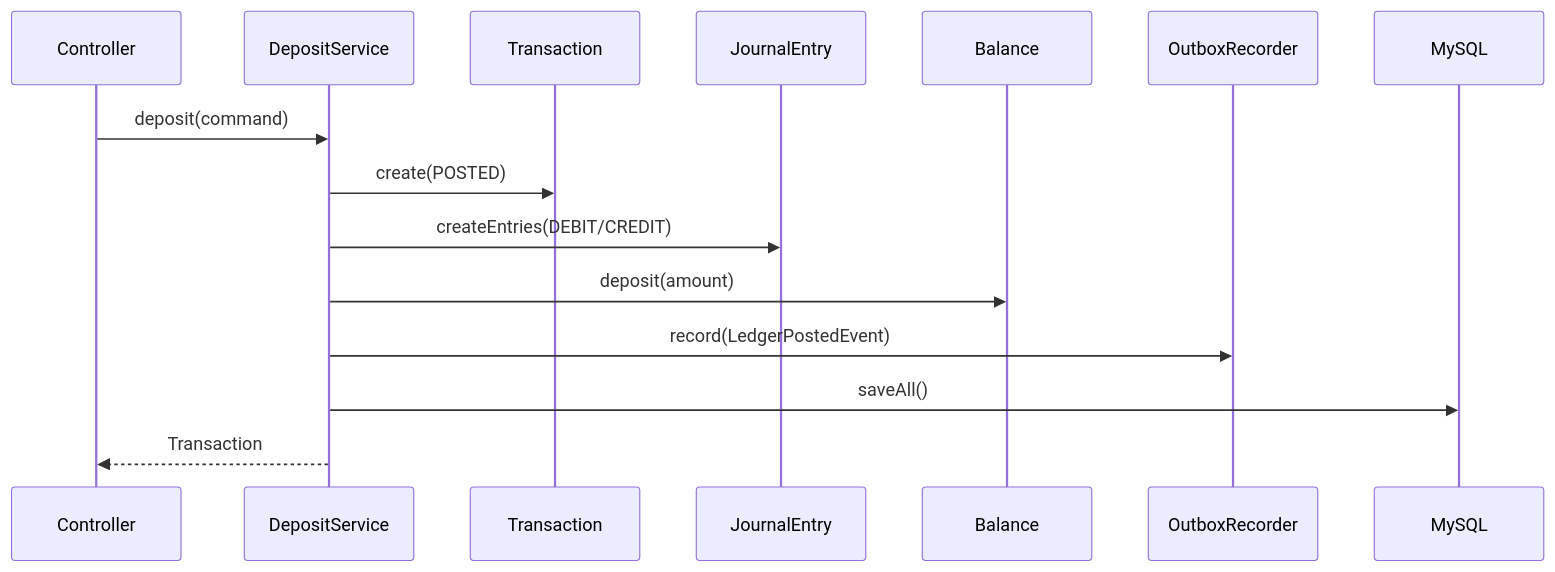
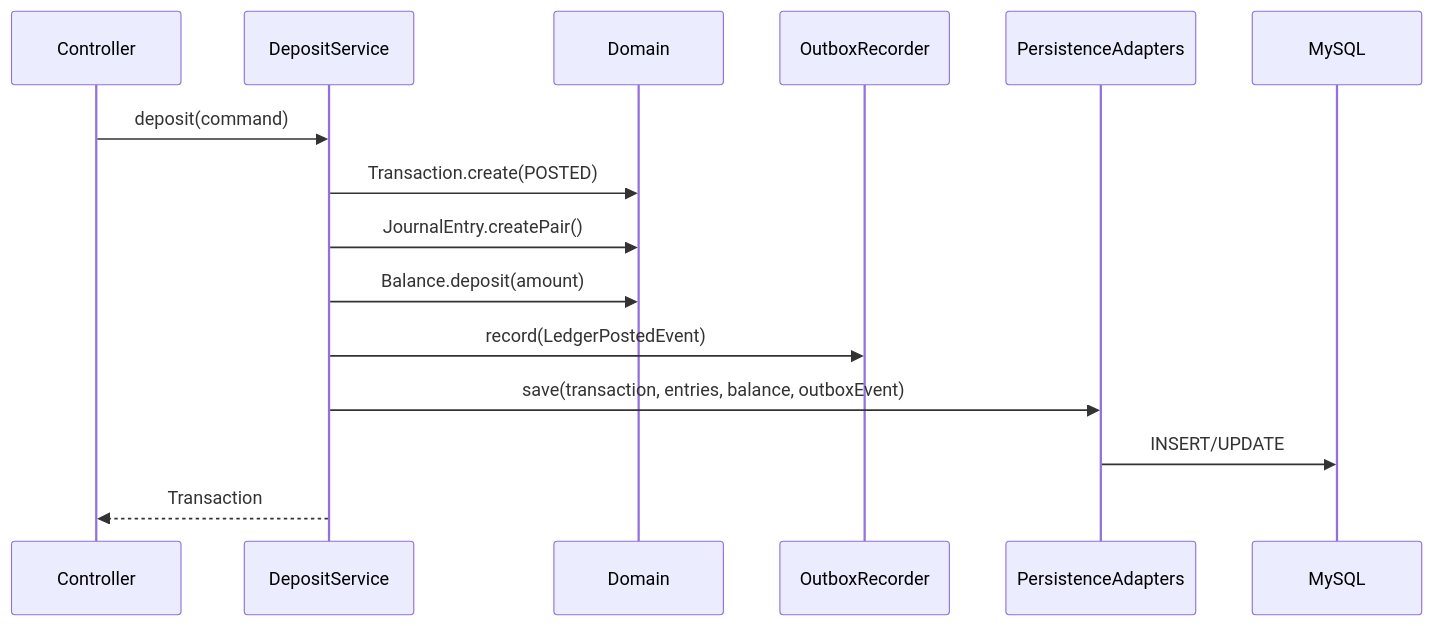
Before and after one commit to dding94/kuku-Securities: the second of 2 diagrams in docs/diagrams/c4-component-ledger.md, drawn with Mermaid. The commit also changed other lines of this file and 1 other file, not shown here.

Commit message:
docs: C4 컴포넌트 다이어그램 코드리뷰 반영
- 입금 플로우 시퀀스 다이어그램을 헥사고날 아키텍처에 맞게 수정
  - Service → DB 직접 호출을 Service → PersistenceAdapters → DB 흐름으로 변경
- Account 컴포넌트를 다이어그램에 추가
  - Domain: Account (계좌 정보)
  - OutPorts: AccountPort
  - Adapters: AccountPersistenceAdapter
- LedgerEvent를 Domain Events로 변경하여 개념과 구현체 구분 명확화

````diff
--- a/docs/diagrams/c4-component-ledger.md
+++ b/docs/diagrams/c4-component-ledger.md
@@ -151,18 +155,18 @@
 ```mermaid
 sequenceDiagram
     participant C as Controller
     participant S as DepositService
-    participant T as Transaction
-    participant J as JournalEntry
-    participant B as Balance
+    participant D as Domain
     participant O as OutboxRecorder
+    participant P as PersistenceAdapters
     participant DB as MySQL
 
     C->>S: deposit(command)
-    S->>T: create(POSTED)
-    S->>J: createEntries(DEBIT/CREDIT)
-    S->>B: deposit(amount)
+    S->>D: Transaction.create(POSTED)
+    S->>D: JournalEntry.createPair()
+    S->>D: Balance.deposit(amount)
     S->>O: record(LedgerPostedEvent)
-    S->>DB: saveAll()
+    S->>P: save(transaction, entries, balance, outboxEvent)
+    P->>DB: INSERT/UPDATE
     S-->>C: Transaction
 ```
````
